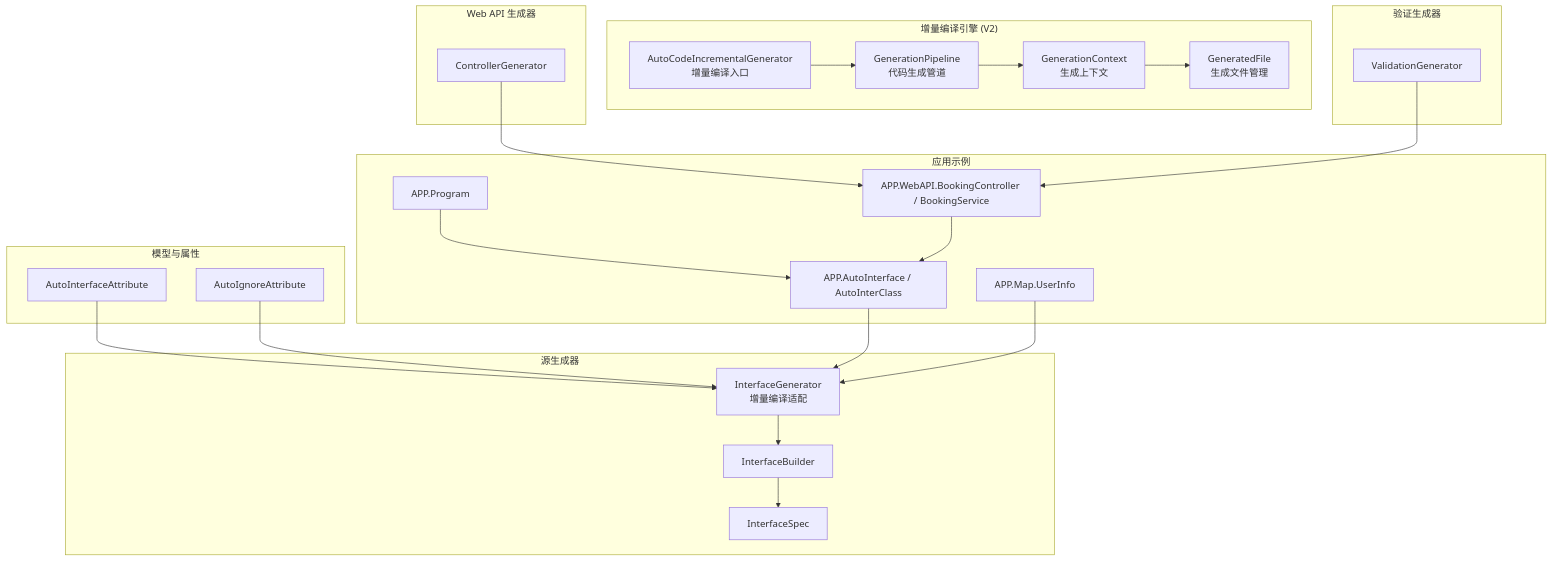
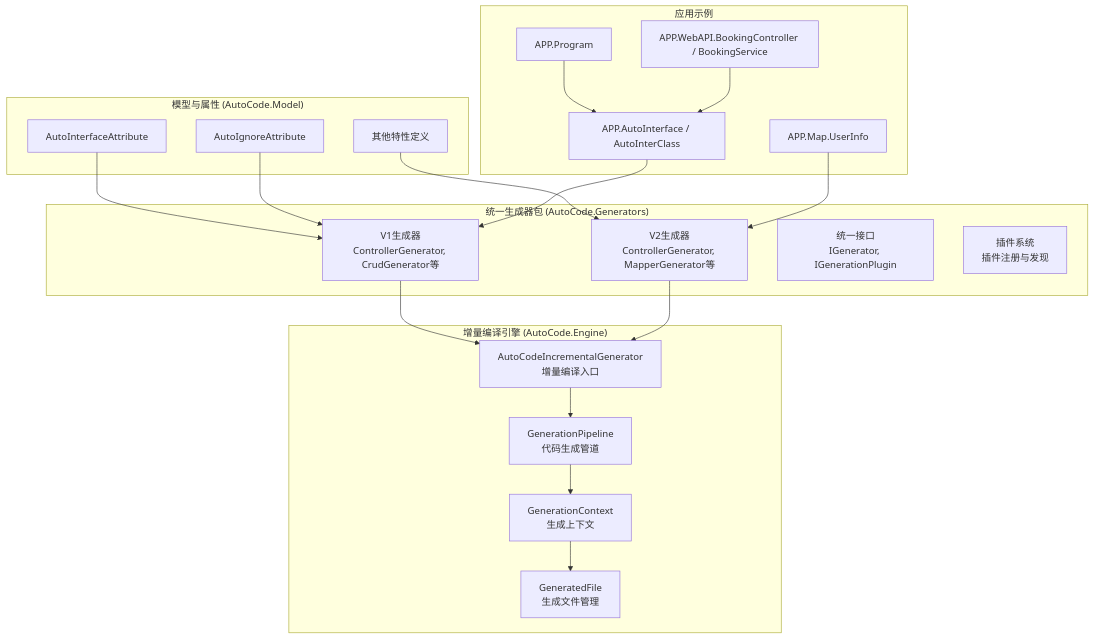
Before and after one commit to alivy/AutoCode: the first of 7 diagrams in .qoder/repowiki/zh/content/源代码生成器/源代码生成器.md, drawn with Mermaid. The commit also changed other lines of this file and 53 other files, not shown here.

````diff
--- a/.qoder/repowiki/zh/content/源代码生成器/源代码生成器.md
+++ b/.qoder/repowiki/zh/content/源代码生成器/源代码生成器.md
@@ -71,43 +61,38 @@
 ```mermaid
 graph TB
-subgraph "增量编译引擎 (V2)"
+subgraph "统一生成器包 (AutoCode.Generators)"
+G1["V1生成器<br/>ControllerGenerator, CrudGenerator等"]
+G2["V2生成器<br/>ControllerGenerator, MapperGenerator等"]
+G3["统一接口<br/>IGenerator, IGenerationPlugin"]
+G4["插件系统<br/>插件注册与发现"]
+end
+subgraph "增量编译引擎 (AutoCode.Engine)"
 E1["AutoCodeIncrementalGenerator<br/>增量编译入口"]
 E2["GenerationPipeline<br/>代码生成管道"]
 E3["GenerationContext<br/>生成上下文"]
 E4["GeneratedFile<br/>生成文件管理"]
 end
-subgraph "模型与属性"
+subgraph "模型与属性 (AutoCode.Model)"
 M1["AutoInterfaceAttribute"]
 M2["AutoIgnoreAttribute"]
-end
-subgraph "源生成器"
-G1["InterfaceGenerator<br/>增量编译适配"]
-B1["InterfaceBuilder"]
-S1["InterfaceSpec"]
-end
-subgraph "Web API 生成器"
-C1["ControllerGenerator"]
-end
-subgraph "验证生成器"
-V1["ValidationGenerator"]
+M3["其他特性定义"]
 end
 subgraph "应用示例"
 A1["APP.Program"]
 A2["APP.AutoInterface / AutoInterClass"]
 A3["APP.Map.UserInfo"]
 A4["APP.WebAPI.BookingController / BookingService"]
 end
+G1 --> E1
+G2 --> E1
 E1 --> E2
 E2 --> E3
 E3 --> E4
 M1 --> G1
 M2 --> G1
-G1 --> B1
-B1 --> S1
-C1 --> A4
-V1 --> A4
+M3 --> G2
 A1 --> A2
 A2 --> G1
-A3 --> G1
+A3 --> G2
 A4 --> A2
 ```
````
